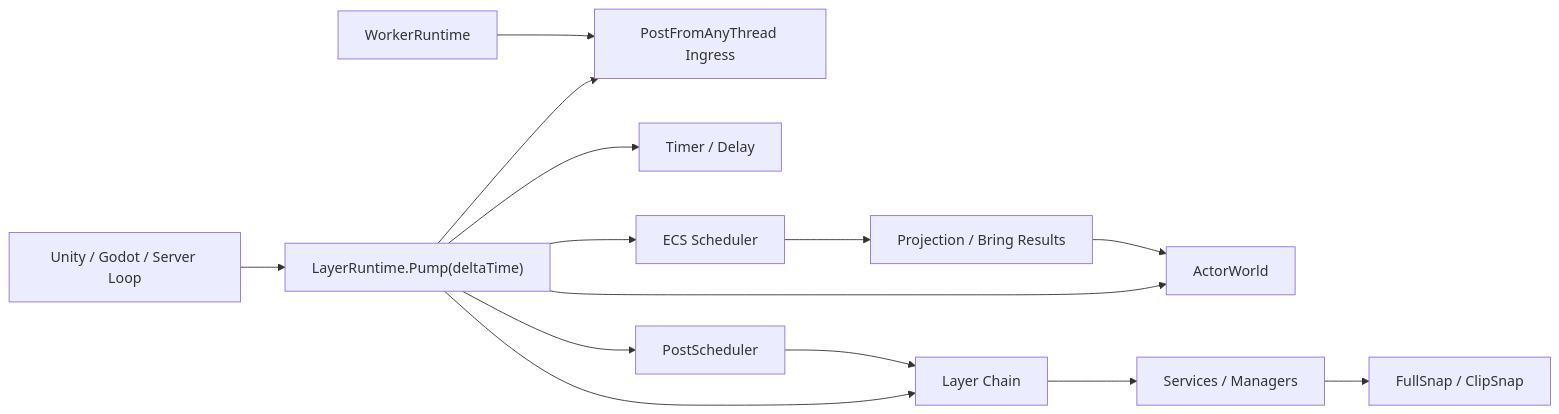
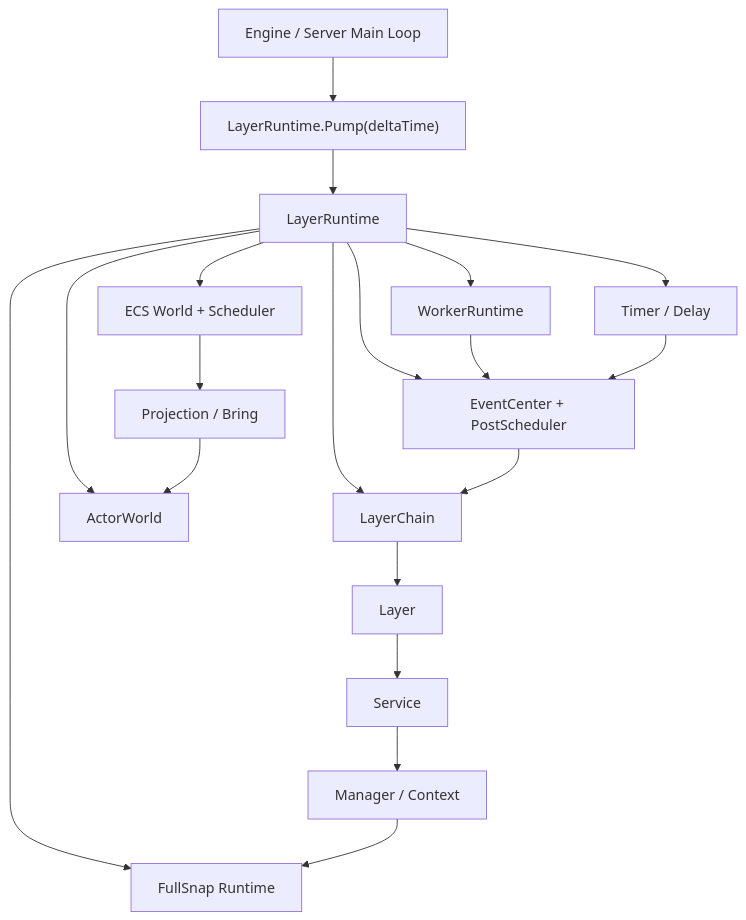
The diagram in README.generated.md (avaw23112/LayerBase), drawn with Mermaid before and after one commit. The commit also changed other lines of this file and 10 other files, not shown here.

````diff
--- a/README.generated.md
+++ b/README.generated.md
@@ -215,16 +304,24 @@
 ```mermaid
-flowchart LR
-    Engine["Unity / Godot / Server Loop"] --> Pump["LayerRuntime.Pump(deltaTime)"]
-    Pump --> Ingress["PostFromAnyThread Ingress"]
-    Pump --> Timer["Timer / Delay"]
-    Pump --> Post["PostScheduler"]
-    Pump --> Layers["Layer Chain"]
-    Pump --> ECS["ECS Scheduler"]
-    Pump --> Actors["ActorWorld"]
-    Worker["WorkerRuntime"] --> Ingress
-    ECS --> Projection["Projection / Bring Results"]
+flowchart TD
+    Loop["Engine / Server Main Loop"] --> Pump["LayerRuntime.Pump(deltaTime)"]
+    Pump --> Runtime["LayerRuntime"]
+
+    Runtime --> Chain["LayerChain"]
+    Chain --> L1["Layer"]
+    L1 --> Svc["Service"]
+    Svc --> Mgr["Manager / Context"]
+
+    Runtime --> Event["EventCenter + PostScheduler"]
+    Runtime --> Time["Timer / Delay"]
+    Runtime --> Actors["ActorWorld"]
+    Runtime --> Ecs["ECS World + Scheduler"]
+    Runtime --> Worker["WorkerRuntime"]
+    Runtime --> Snap["FullSnap Runtime"]
+
+    Worker --> Event
+    Time --> Event
+    Ecs --> Projection["Projection / Bring"]
     Projection --> Actors
-    Post --> Layers
-    Layers --> Services["Services / Managers"]
-    Services --> Snap["FullSnap / ClipSnap"]
+    Event --> Chain
+    Mgr --> Snap
 ```
````
